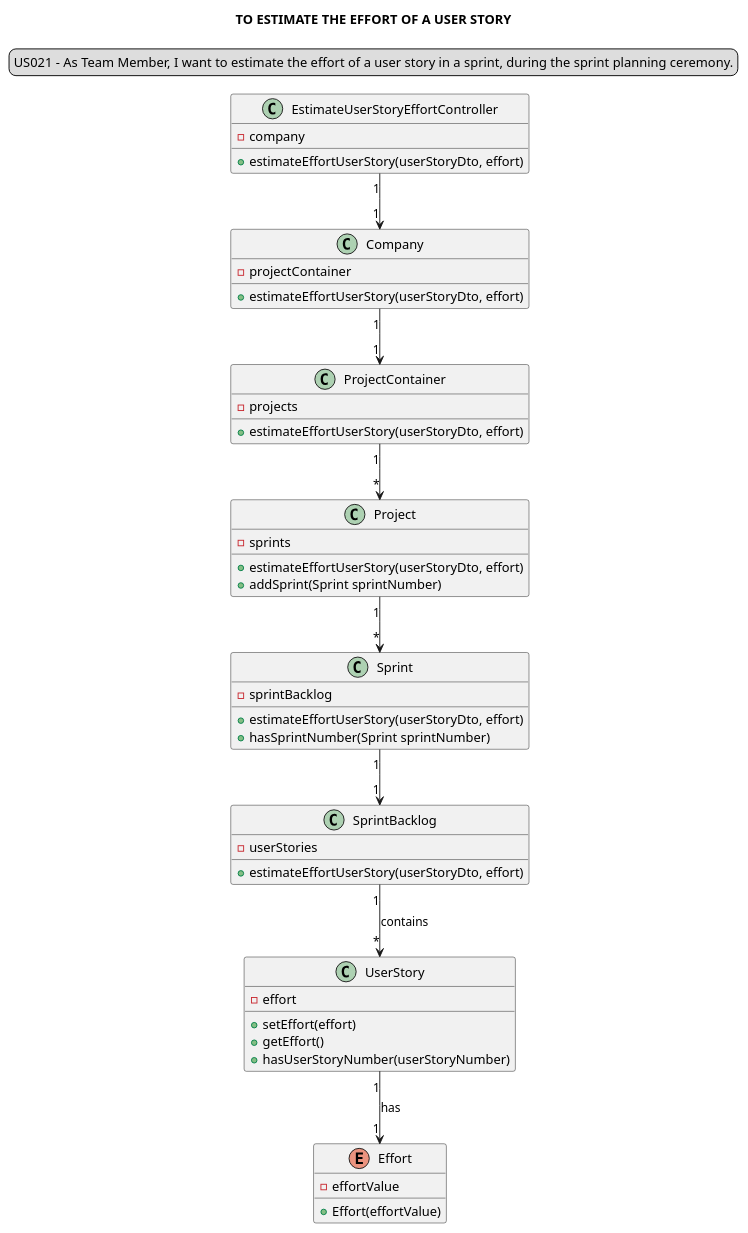
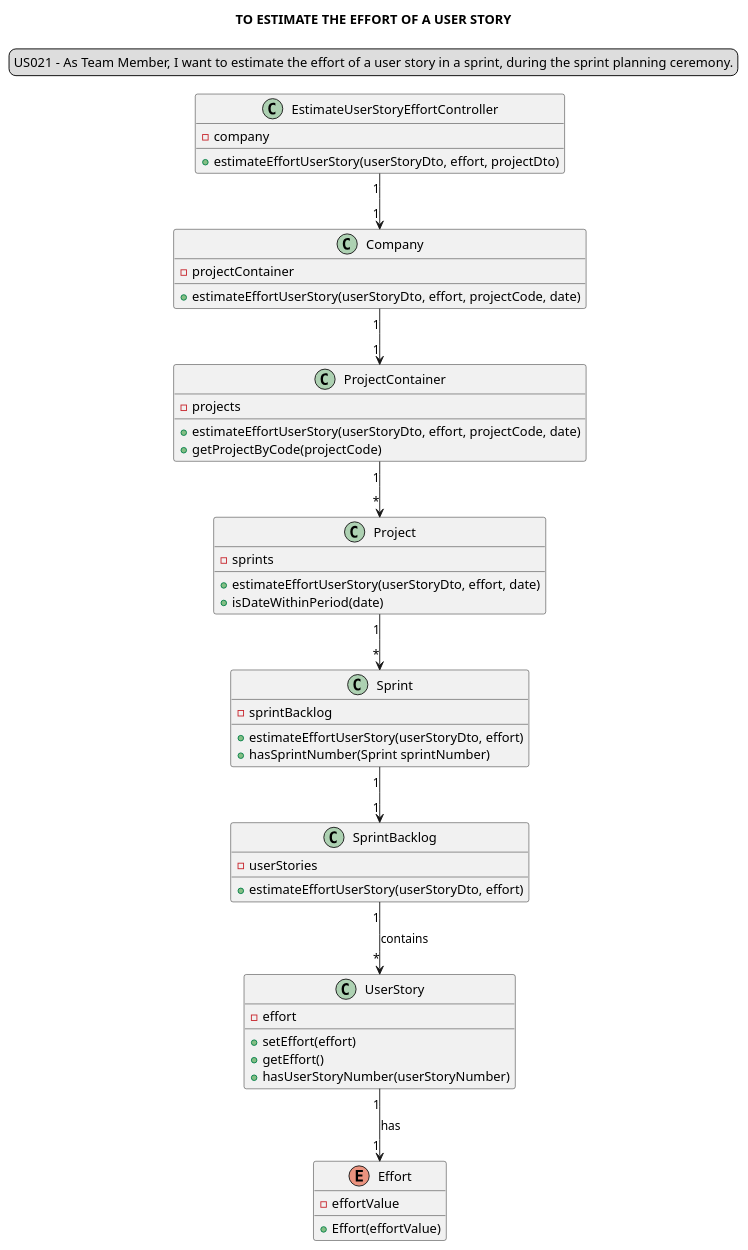
Before and after one commit to Loracline/project_switch_22-23: the diagram in docs/modelling_design/user_stories/sprint03/us021/US021_classDiagram.puml, drawn with PlantUML. The commit also changed 2 other files, not shown here.

```diff
--- a/docs/modelling_design/user_stories/sprint03/us021/US021_classDiagram.puml
+++ b/docs/modelling_design/user_stories/sprint03/us021/US021_classDiagram.puml
@@ -1,54 +1,55 @@
 @startuml
 'https://plantuml.com/sequence-diagram
 title TO ESTIMATE THE EFFORT OF A USER STORY
 legend top
 US021 - As Team Member, I want to estimate the effort of a user story in a sprint, during the sprint planning ceremony.
 end legend
 skinparam sequenceMessageAlign center
 
 class "EstimateUserStoryEffortController" {
 - company
-+ estimateEffortUserStory(userStoryDto, effort)
++ estimateEffortUserStory(userStoryDto, effort, projectDto)
 }
 
 class "Company" {
 - projectContainer
-+ estimateEffortUserStory(userStoryDto, effort)
++ estimateEffortUserStory(userStoryDto, effort, projectCode, date)
 }
 class "ProjectContainer" {
 - projects
-+ estimateEffortUserStory(userStoryDto, effort)
++ estimateEffortUserStory(userStoryDto, effort, projectCode, date)
++ getProjectByCode(projectCode)
 }
 class "Project"{
 - sprints
-+ estimateEffortUserStory(userStoryDto, effort)
-+ addSprint(Sprint sprintNumber)
++ estimateEffortUserStory(userStoryDto, effort, date)
++ isDateWithinPeriod(date)
 }
 class "Sprint"{
 - sprintBacklog
 + estimateEffortUserStory(userStoryDto, effort)
 + hasSprintNumber(Sprint sprintNumber)
 }
 class "SprintBacklog" {
 - userStories
 + estimateEffortUserStory(userStoryDto, effort)
 }
 class "UserStory"{
 - effort
 + setEffort(effort)
 + getEffort()
 + hasUserStoryNumber(userStoryNumber)
 }
 enum "Effort"{
 - effortValue
 + Effort(effortValue)
 }
 
 "EstimateUserStoryEffortController" "1" --> "1" "Company"
 "Company" "1" --> "1" "ProjectContainer"
 "ProjectContainer" "1" --> "*" "Project"
 "Project" "1" --> "*" "Sprint"
 "Sprint" "1" --> "1" "SprintBacklog"
 "SprintBacklog" "1" --> "*" "UserStory" : contains
 "UserStory" "1" --> "1" "Effort" : has
 @enduml
```
